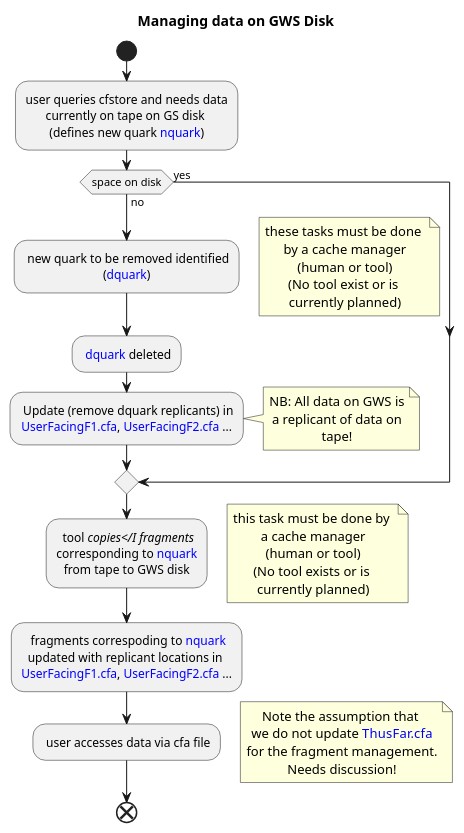
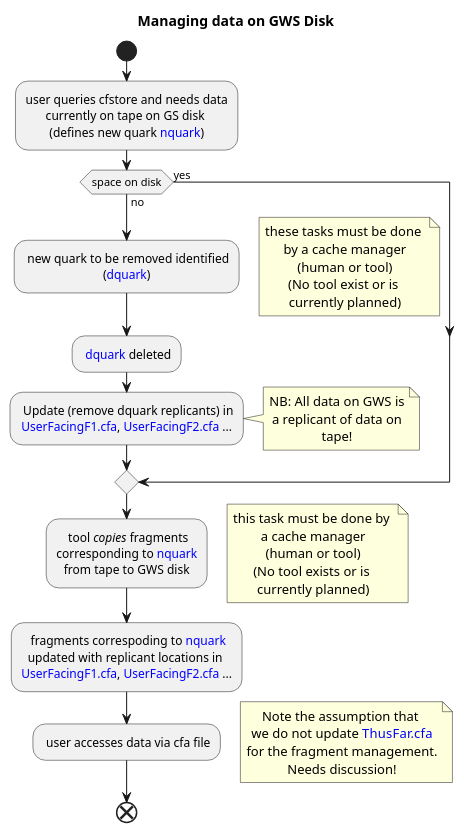
Before and after one commit to NCAS-CMS/cfstore: the second of 2 diagrams in cfstore/docs/source/uml/workflow.pu, drawn with PlantUML. The commit also changed 2 other files, not shown here.

```diff
--- a/cfstore/docs/source/uml/workflow.pu
+++ b/cfstore/docs/source/uml/workflow.pu
@@ -26,50 +26,50 @@
 @startuml
 skinparam DefaultTextAlignment Center
 title Managing data on GWS Disk
 start
 :user queries cfstore and needs data
 currently on tape on GS disk 
 (defines new quark <color:blue>nquark</color>);
 if (space on disk) then (yes) 
 
 else (no)
 : new quark to be removed identified 
 (<color:blue>dquark</color>);
 floating note right
 these tasks must be done 
 by a cache manager
 (human or tool)
 (No tool exist or is 
 currently planned)
 end note
 : <color:blue>dquark</color> deleted;
 : Update (remove dquark replicants) in
 <color:blue>UserFacingF1.cfa</color>, <color:blue>UserFacingF2.cfa</color> ...;
 note right
 NB: All data on GWS is
 a replicant of data on
 tape!
 end note
 endif 
-: tool <i>copies</I fragments 
+: tool <i>copies</i> fragments 
 corresponding to <color:blue>nquark</color>
 from tape to GWS disk;
 floating note right
 this task must be done by 
 a cache manager
 (human or tool)
 (No tool exists or is 
 currently planned)
 end note
 : fragments correspoding to <color:blue>nquark</color> 
 updated with replicant locations in 
 <color:blue>UserFacingF1.cfa</color>, <color:blue>UserFacingF2.cfa</color> ...;
 : user accesses data via cfa file;
 floating note right
 Note the assumption that 
 we do not update <color:blue>ThusFar.cfa</color>
 for the fragment management.
 Needs discussion!
 end note
 end
 @enduml
```
